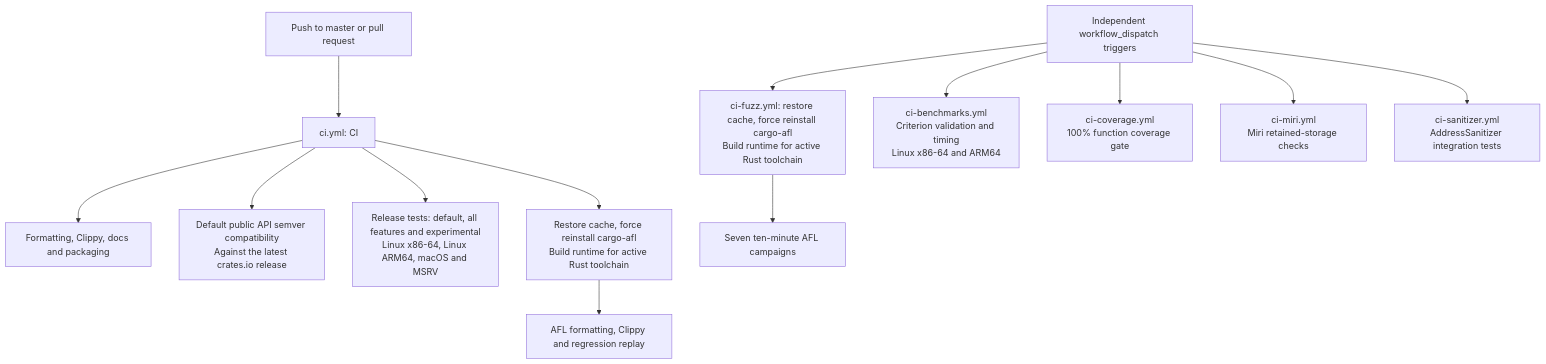
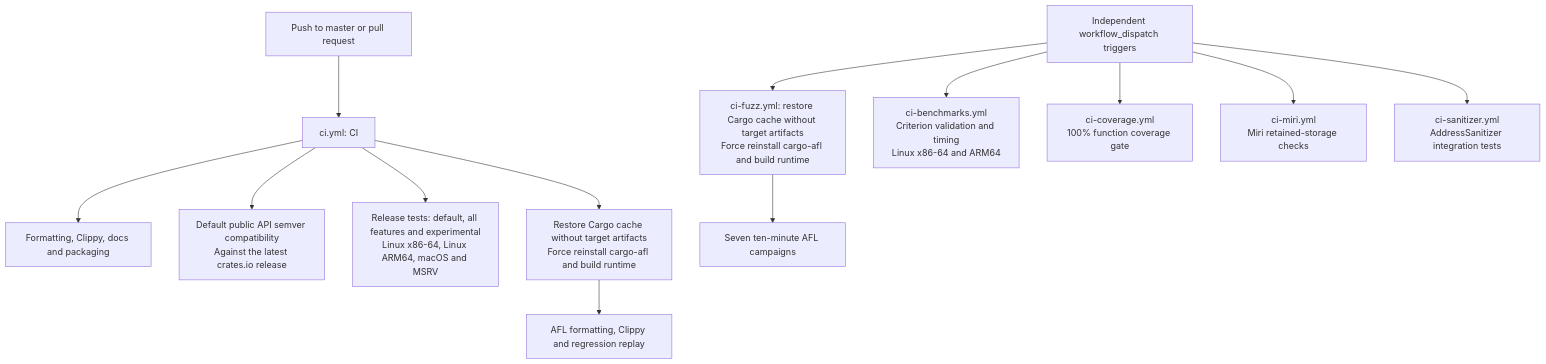
Before and after one commit to Mnwa/mbrotli: the diagram in architecture/ci.md, drawn with Mermaid. The commit also changed other lines of this file and 3 other files, not shown here.

````diff
--- a/architecture/ci.md
+++ b/architecture/ci.md
@@ -6,15 +6,15 @@
 ```mermaid
 flowchart TD
     automatic["Push to master or pull request"] --> fast["ci.yml: CI"]
     fast --> check["Formatting, Clippy, docs and packaging"]
     fast --> semver["Default public API semver compatibility<br/>Against the latest crates.io release"]
     fast --> tests["Release tests: default, all features and experimental<br/>Linux x86-64, Linux ARM64, macOS and MSRV"]
-    fast --> replaySetup["Restore cache, force reinstall cargo-afl<br/>Build runtime for active Rust toolchain"]
+    fast --> replaySetup["Restore Cargo cache without target artifacts<br/>Force reinstall cargo-afl and build runtime"]
     replaySetup --> replay["AFL formatting, Clippy and regression replay"]
-    manual["Independent workflow_dispatch triggers"] --> fuzzSetup["ci-fuzz.yml: restore cache, force reinstall cargo-afl<br/>Build runtime for active Rust toolchain"]
+    manual["Independent workflow_dispatch triggers"] --> fuzzSetup["ci-fuzz.yml: restore Cargo cache without target artifacts<br/>Force reinstall cargo-afl and build runtime"]
     fuzzSetup --> fuzz["Seven ten-minute AFL campaigns"]
     manual --> bench["ci-benchmarks.yml<br/>Criterion validation and timing<br/>Linux x86-64 and ARM64"]
     manual --> coverage["ci-coverage.yml<br/>100% function coverage gate"]
     manual --> miri["ci-miri.yml<br/>Miri retained-storage checks"]
     manual --> asan["ci-sanitizer.yml<br/>AddressSanitizer integration tests"]
 ```
````
